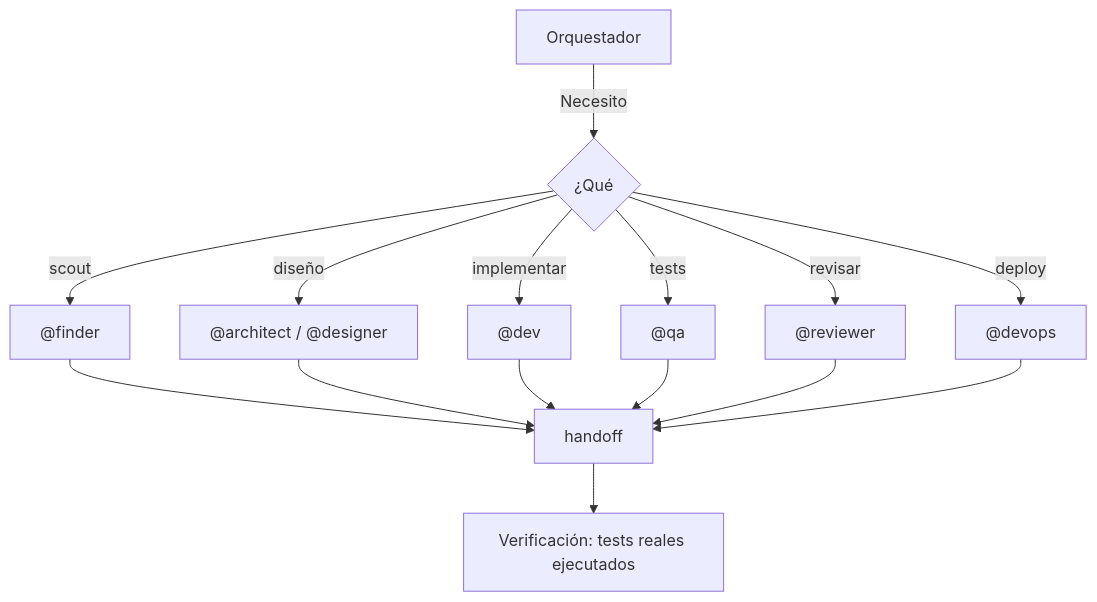
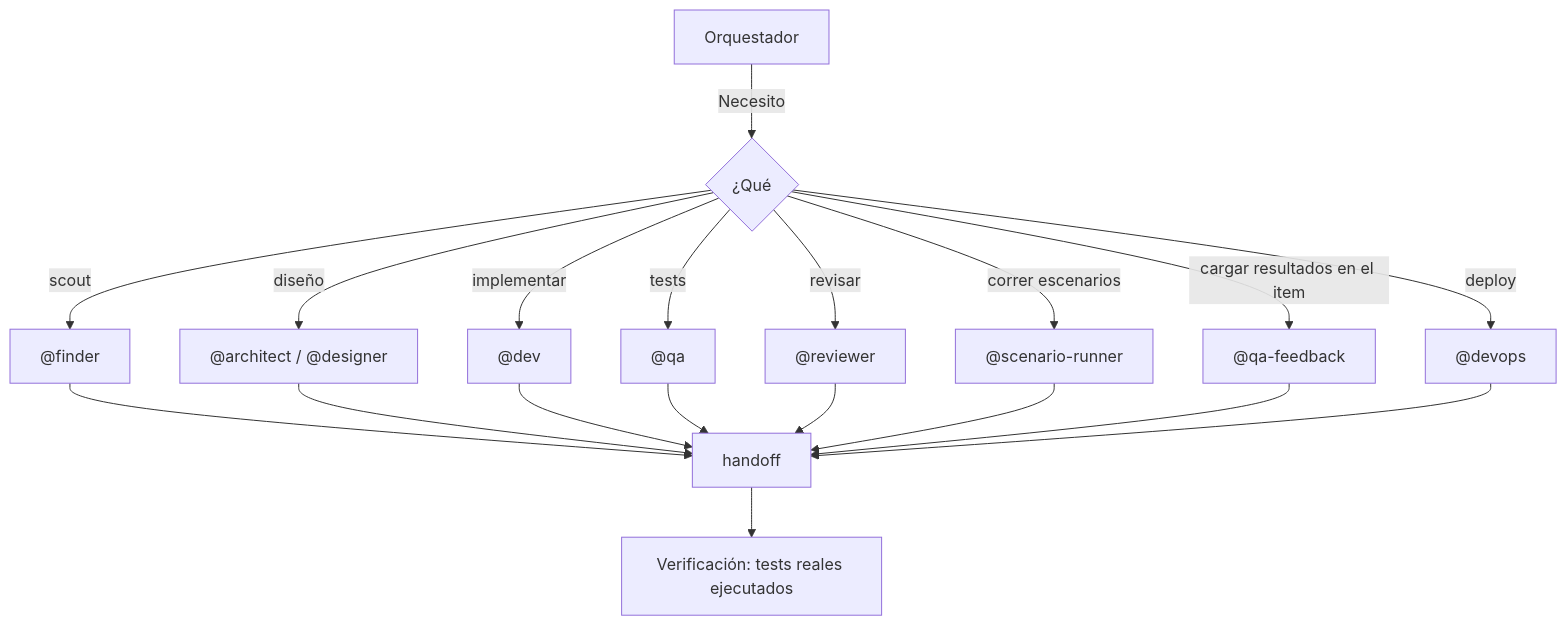
Before and after one commit to YoizenSA/dev-ai-workflow: the fourth of 5 diagrams in docs/src/content/docs/agents/orchestrator.mdx, drawn with Mermaid. The commit also changed other lines of this file, not shown here.

First line of the commit message:
docs(orchestrator): make BDD and scenario-run triggers explicit

````diff
--- a/docs/src/content/docs/agents/orchestrator.mdx
+++ b/docs/src/content/docs/agents/orchestrator.mdx
@@ -118,17 +118,21 @@
 ```mermaid
 flowchart TD
     D[Orquestador] -->|Necesito| E{¿Qué}
     E -->|scout| F["@finder"]
     E -->|diseño| G["@architect / @designer"]
     E -->|implementar| H["@dev"]
     E -->|tests| I["@qa"]
     E -->|revisar| J["@reviewer"]
+    E -->|correr escenarios| N["@scenario-runner"]
+    E -->|cargar resultados en el item| P["@qa-feedback"]
     E -->|deploy| K["@devops"]
     F --> L[handoff]
     G --> L
     H --> L
     I --> L
     J --> L
+    N --> L
+    P --> L
     K --> L
     L --> M[Verificación: tests reales ejecutados]
 ```
````
